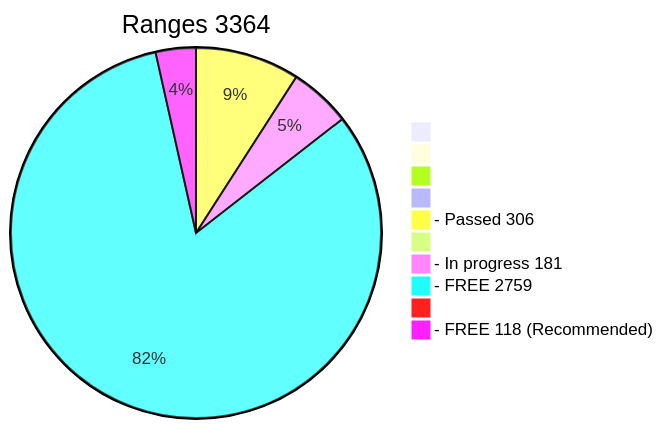
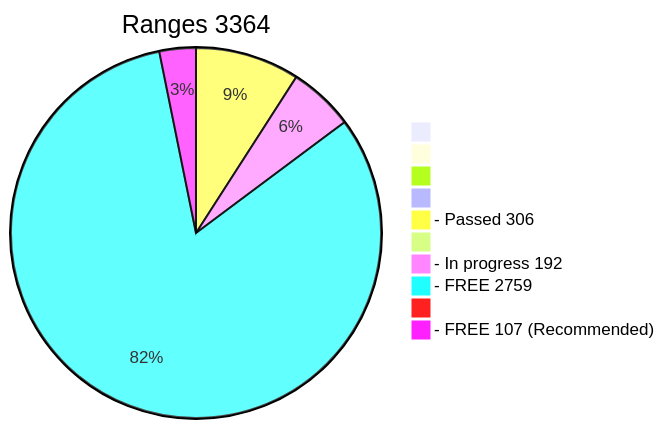
Before and after one commit to phrutis/wif500: the diagram in x64/Release/table.md, drawn with Mermaid. The commit also changed other lines of this file, not shown here.

````diff
--- a/x64/Release/table.md
+++ b/x64/Release/table.md
@@ -2,13 +2,13 @@
 ```mermaid
 pie title Ranges 3364
   " " : 0
   "  " : 0
   "   " : 0
   "    " : 0
   "- Passed 306" : 306
   "     " : 0
-  "- In progress 181" : 181
+  "- In progress 192" : 192
   "- FREE 2759" : 2759
   "      " : 0
-  "- FREE 118 (Recommended)" : 118
+  "- FREE 107 (Recommended)" : 107
 ```
````
